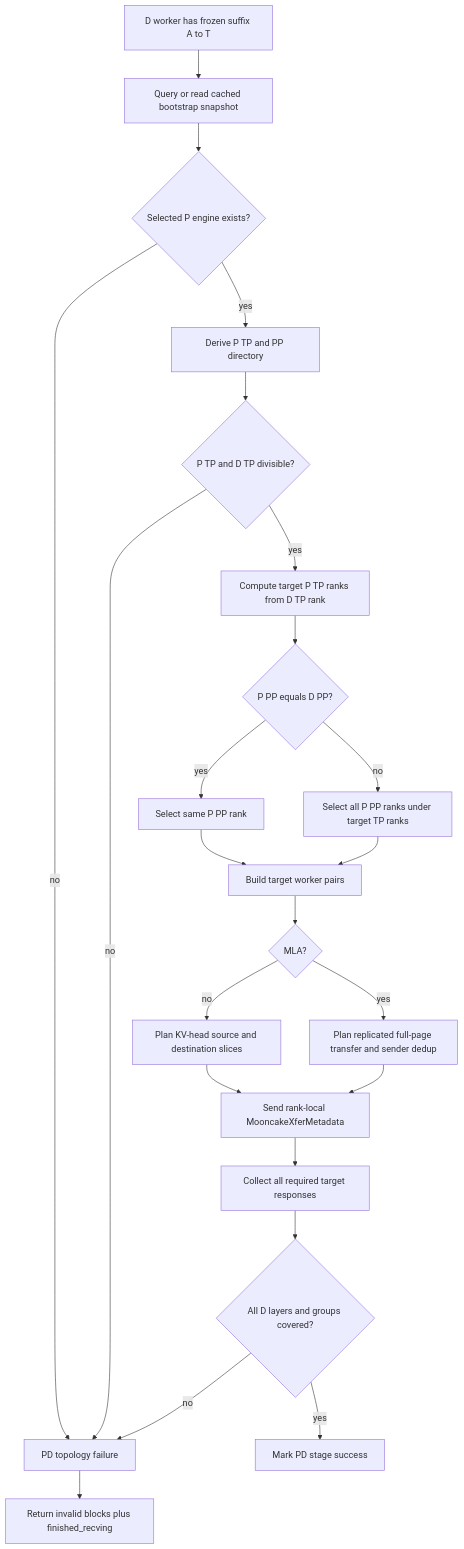
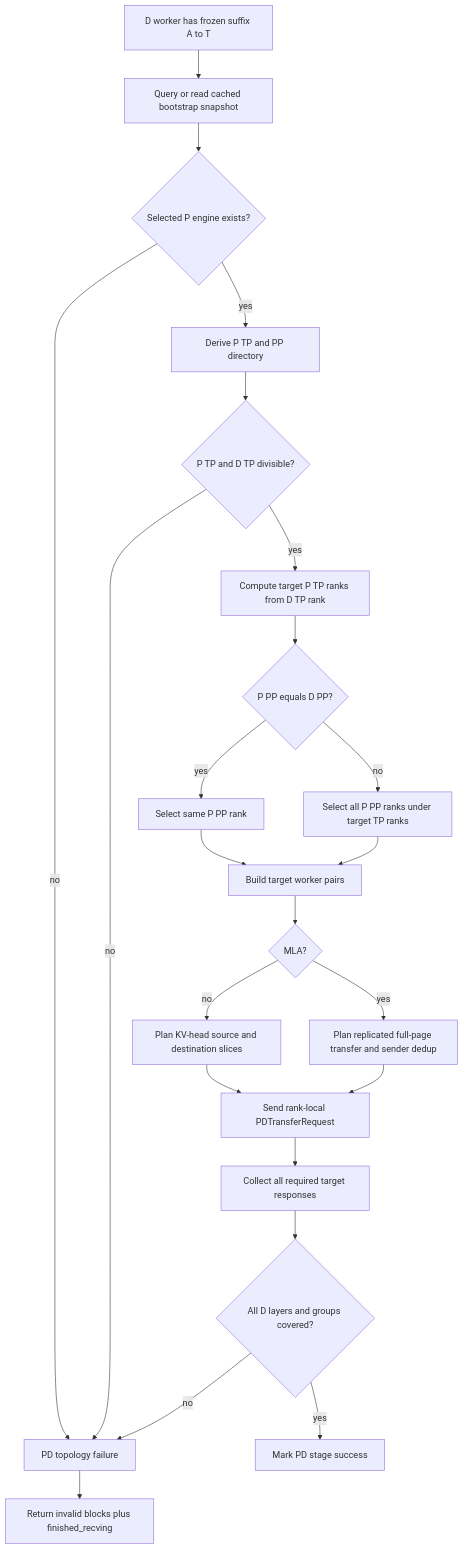
One commit to WangSu-X/MTSC changed the third of 6 diagrams in docs/design/S03-decode设计.md. Above: the diagram before and after it, drawn with Mermaid. The commit also changed other lines of this file and 18 other files, not shown here.

````diff
--- a/docs/design/S03-decode设计.md
+++ b/docs/design/S03-decode设计.md
@@ -755,25 +822,25 @@
 ```mermaid
 flowchart TD
     A[D worker has frozen suffix A to T] --> B[Query or read cached bootstrap snapshot]
     B --> C{Selected P engine exists?}
     C -->|no| X[PD topology failure]
     C -->|yes| D[Derive P TP and PP directory]
     D --> E{P TP and D TP divisible?}
     E -->|no| X
     E -->|yes| F[Compute target P TP ranks from D TP rank]
     F --> G{P PP equals D PP?}
     G -->|yes| H[Select same P PP rank]
     G -->|no| I[Select all P PP ranks under target TP ranks]
     H --> J[Build target worker pairs]
     I --> J
     J --> K{MLA?}
     K -->|no| L[Plan KV-head source and destination slices]
     K -->|yes| M[Plan replicated full-page transfer and sender dedup]
-    L --> N[Send rank-local MooncakeXferMetadata]
+    L --> N[Send rank-local PDTransferRequest]
     M --> N
     N --> O[Collect all required target responses]
     O --> P{All D layers and groups covered?}
     P -->|yes| Q[Mark PD stage success]
     P -->|no| X
     X --> R[Return invalid blocks plus finished_recving]
 ```
````
